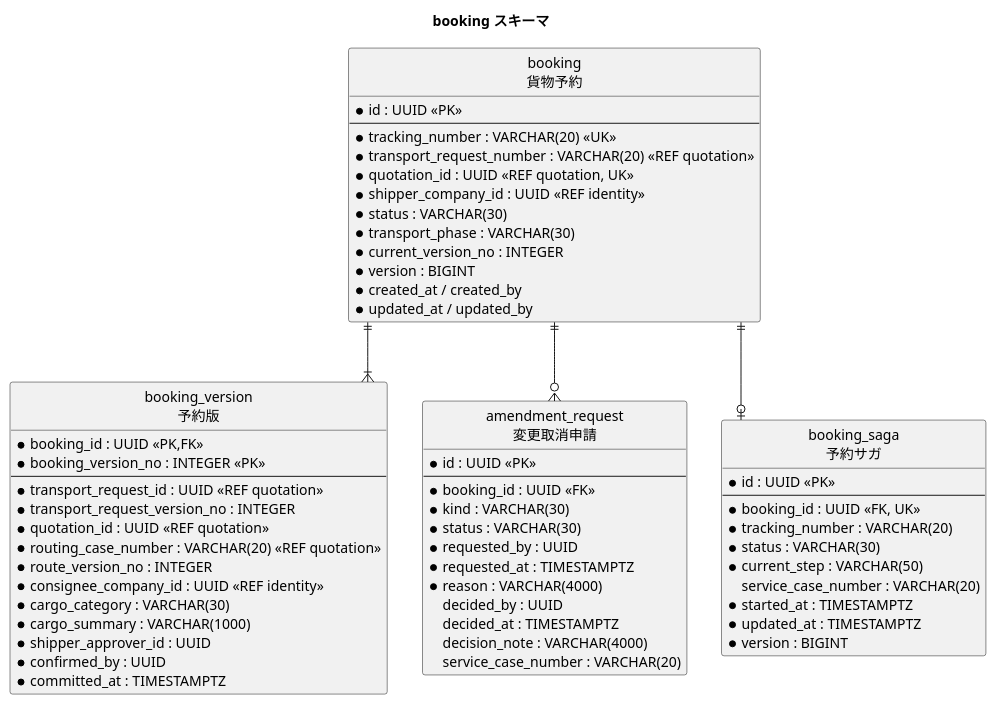
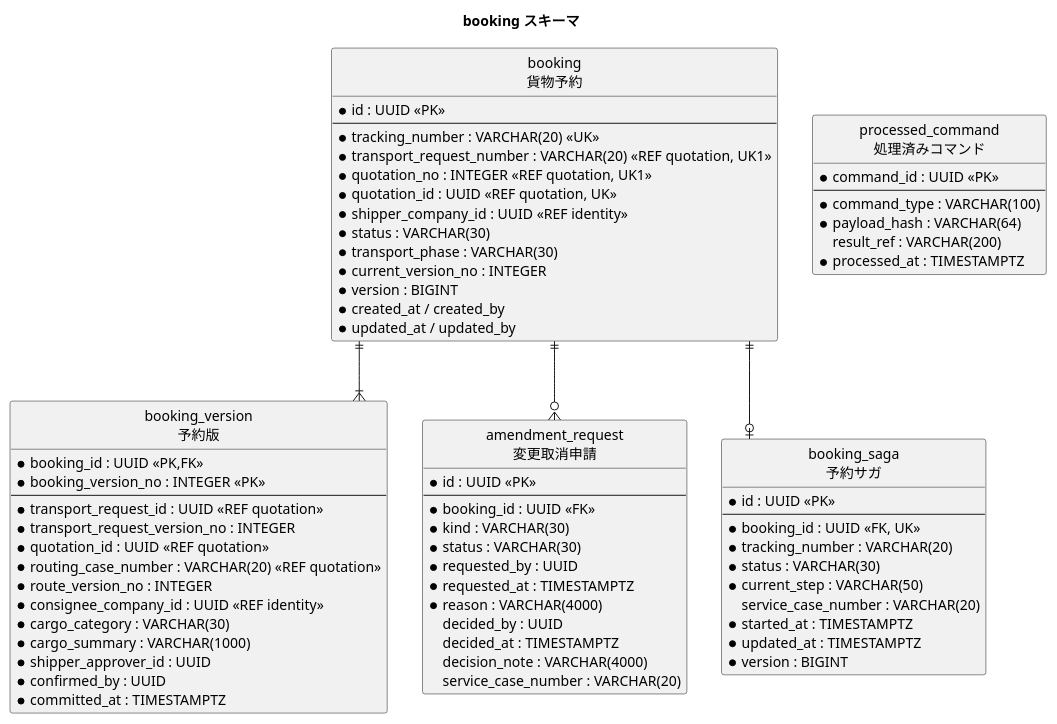
One commit to k2works/practical-domain-driven-design-in-enterpris-application changed the fourth of 8 diagrams in docs/design/cargo-tracker/data_model.md. Above: the diagram before and after it, drawn with PlantUML. The commit also changed other lines of this file and 7 other files, not shown here.

````diff
--- a/docs/design/cargo-tracker/data_model.md
+++ b/docs/design/cargo-tracker/data_model.md
@@ -516,67 +516,77 @@
 ```plantuml
 @startuml
 title booking スキーマ
 hide circle
 skinparam linetype ortho
 
 entity "booking\n貨物予約" as b {
   * id : UUID <<PK>>
   --
   * tracking_number : VARCHAR(20) <<UK>>
-  * transport_request_number : VARCHAR(20) <<REF quotation>>
+  * transport_request_number : VARCHAR(20) <<REF quotation, UK1>>
+  * quotation_no : INTEGER <<REF quotation, UK1>>
   * quotation_id : UUID <<REF quotation, UK>>
   * shipper_company_id : UUID <<REF identity>>
   * status : VARCHAR(30)
   * transport_phase : VARCHAR(30)
   * current_version_no : INTEGER
   * version : BIGINT
   * created_at / created_by
   * updated_at / updated_by
 }
 entity "booking_version\n予約版" as bv {
   * booking_id : UUID <<PK,FK>>
   * booking_version_no : INTEGER <<PK>>
   --
   * transport_request_id : UUID <<REF quotation>>
   * transport_request_version_no : INTEGER
   * quotation_id : UUID <<REF quotation>>
   * routing_case_number : VARCHAR(20) <<REF quotation>>
   * route_version_no : INTEGER
   * consignee_company_id : UUID <<REF identity>>
   * cargo_category : VARCHAR(30)
   * cargo_summary : VARCHAR(1000)
   * shipper_approver_id : UUID
   * confirmed_by : UUID
   * committed_at : TIMESTAMPTZ
 }
 entity "amendment_request\n変更取消申請" as ar {
   * id : UUID <<PK>>
   --
   * booking_id : UUID <<FK>>
   * kind : VARCHAR(30)
   * status : VARCHAR(30)
   * requested_by : UUID
   * requested_at : TIMESTAMPTZ
   * reason : VARCHAR(4000)
   decided_by : UUID
   decided_at : TIMESTAMPTZ
   decision_note : VARCHAR(4000)
   service_case_number : VARCHAR(20)
 }
 entity "booking_saga\n予約サガ" as saga {
   * id : UUID <<PK>>
   --
   * booking_id : UUID <<FK, UK>>
   * tracking_number : VARCHAR(20)
   * status : VARCHAR(30)
   * current_step : VARCHAR(50)
   service_case_number : VARCHAR(20)
   * started_at : TIMESTAMPTZ
   * updated_at : TIMESTAMPTZ
   * version : BIGINT
 }
 b ||--|{ bv
 b ||--o{ ar
 b ||--o| saga
+
+entity "processed_command\n処理済みコマンド" as pc {
+  * command_id : UUID <<PK>>
+  --
+  * command_type : VARCHAR(100)
+  * payload_hash : VARCHAR(64)
+  result_ref : VARCHAR(200)
+  * processed_at : TIMESTAMPTZ
+}
 @enduml
 ```
````
